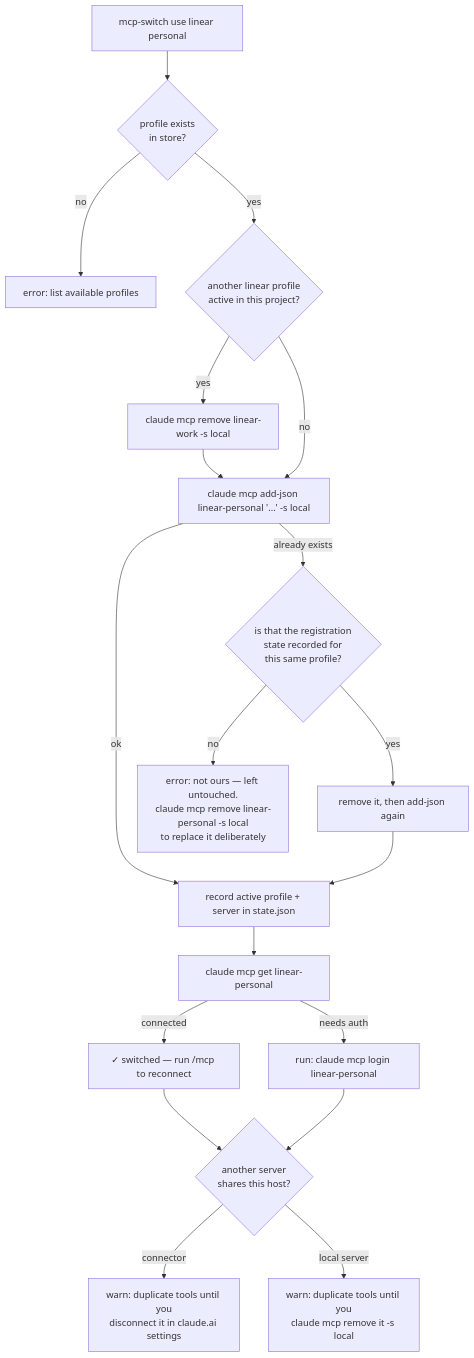
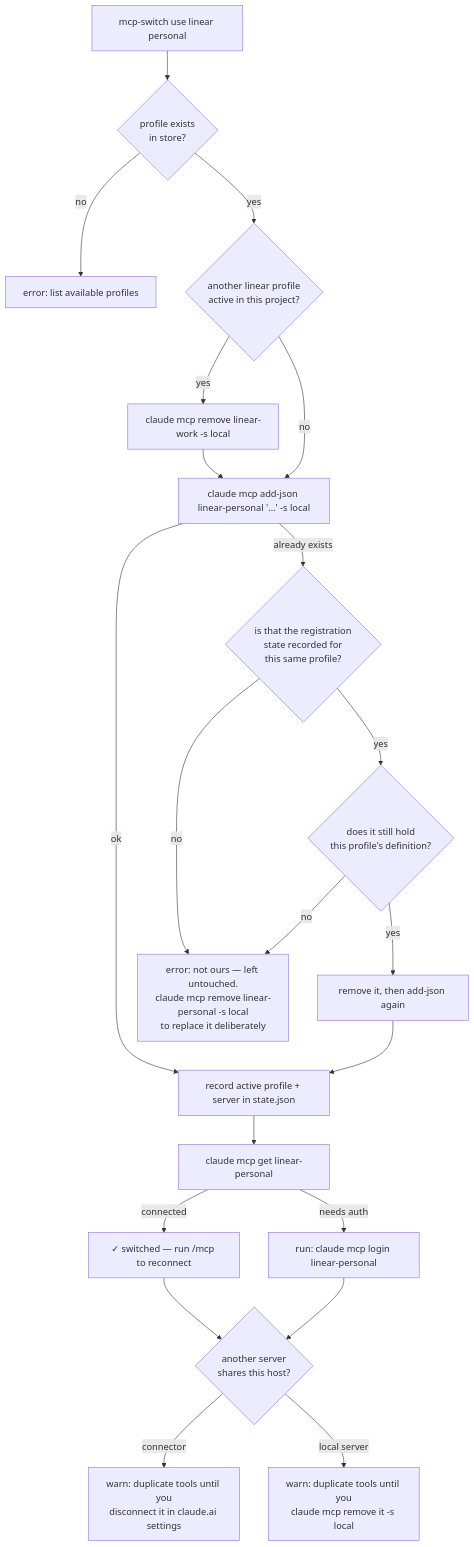
Before and after one commit to nljms/skills: the diagram in docs/superpowers/specs/2026-08-27-mcp-switch-design.md, drawn with Mermaid. The commit also changed other lines of this file and 5 other files, not shown here.

````diff
--- a/docs/superpowers/specs/2026-08-27-mcp-switch-design.md
+++ b/docs/superpowers/specs/2026-08-27-mcp-switch-design.md
@@ -74,21 +74,23 @@
 ```mermaid
 flowchart TD
   A["mcp-switch use linear personal"] --> B{"profile exists\nin store?"}
   B -->|no| Z["error: list available profiles"]
   B -->|yes| C{"another linear profile\nactive in this project?"}
   C -->|yes| D["claude mcp remove linear-work -s local"]
   C -->|no| E
   D --> E["claude mcp add-json linear-personal '...' -s local"]
   E -->|ok| F["record active profile + server in state.json"]
   E -->|already exists| M{"is that the registration\nstate recorded for\nthis same profile?"}
   M -->|no| N["error: not ours — left untouched.\nclaude mcp remove linear-personal -s local\nto replace it deliberately"]
-  M -->|yes| O["remove it, then add-json again"]
+  M -->|yes| P{"does it still hold\nthis profile's definition?"}
+  P -->|no| N
+  P -->|yes| O["remove it, then add-json again"]
   O --> F
   F --> G["claude mcp get linear-personal"]
   G -->|connected| H["✓ switched — run /mcp to reconnect"]
   G -->|needs auth| I["run: claude mcp login linear-personal"]
   H --> J{"another server\nshares this host?"}
   I --> J
   J -->|connector| K["warn: duplicate tools until you\ndisconnect it in claude.ai settings"]
   J -->|local server| L["warn: duplicate tools until you\nclaude mcp remove it -s local"]
 ```
````
